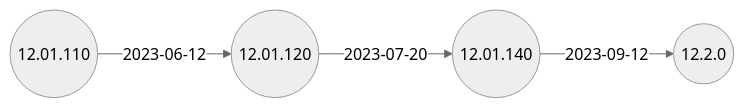
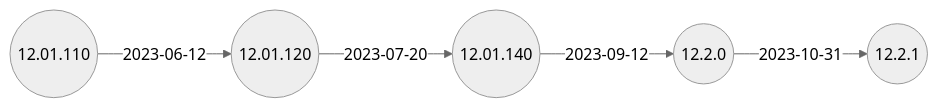
The second of 2 diagrams in docs/Docs/ReleaseNotes/04-OS12/README.md (IGEL-Community/IGEL-Docs-v02), drawn with Mermaid (neutral theme) before and after one commit. The commit also changed 2 other files, not shown here.

Commit message:
OS 12.2.1

````diff
--- a/docs/Docs/ReleaseNotes/04-OS12/README.md
+++ b/docs/Docs/ReleaseNotes/04-OS12/README.md
@@ -33,10 +33,12 @@
 ```mermaid
 flowchart LR
+    12.2.0-- 2023-10-31 -->12.2.1((12.2.1))
     12.01.140-- 2023-09-12 -->12.2.0((12.2.0))
     12.01.120-- 2023-07-20 -->12.01.140((12.01.140))
     12.01.110((12.01.110))-- 2023-06-12 -->12.01.120((12.01.120))
+    click 12.2.1 "https://github.com/IGEL-Community/IGEL-Docs-v02/tree/main/docs/Docs/ReleaseNotes/04-OS12/readme12.2.1.txt" _blank
     click 12.2.0 "https://github.com/IGEL-Community/IGEL-Docs-v02/tree/main/docs/Docs/ReleaseNotes/04-OS12/readme12.2.0.txt" _blank
     click 12.01.140 "https://github.com/IGEL-Community/IGEL-Docs-v02/tree/main/docs/Docs/ReleaseNotes/04-OS12/readme12.01.140.1.txt" _blank
     click 12.01.120 "https://github.com/IGEL-Community/IGEL-Docs-v02/tree/main/docs/Docs/ReleaseNotes/04-OS12/readme12.01.120.1.txt" _blank
     click 12.01.110 "https://github.com/IGEL-Community/IGEL-Docs-v02/tree/main/docs/Docs/ReleaseNotes/04-OS12/readme12.01.110.1.txt" _blank
 ```
````
